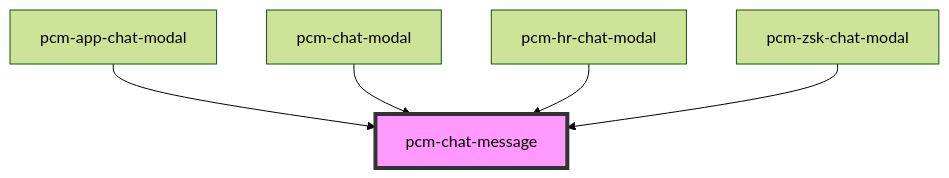
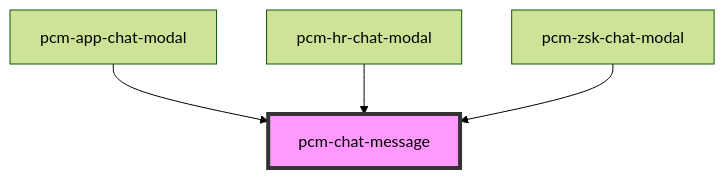
One commit to Pincaimao/pcm-agents-sdk changed the diagram in packages/pcm-agents/docs/components/pcm-chat-message/readme.md. Above: the diagram before and after it, drawn with Mermaid (forest theme). The commit also changed other lines of this file and 17 other files, not shown here.

````diff
--- a/packages/pcm-agents/docs/components/pcm-chat-message/readme.md
+++ b/packages/pcm-agents/docs/components/pcm-chat-message/readme.md
@@ -35,8 +35,7 @@
 ```mermaid
 graph TD;
   pcm-app-chat-modal --> pcm-chat-message
-  pcm-chat-modal --> pcm-chat-message
   pcm-hr-chat-modal --> pcm-chat-message
   pcm-zsk-chat-modal --> pcm-chat-message
   style pcm-chat-message fill:#f9f,stroke:#333,stroke-width:4px
 ```
````
